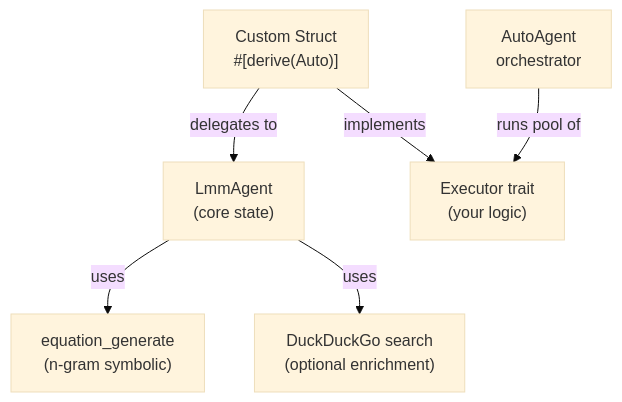
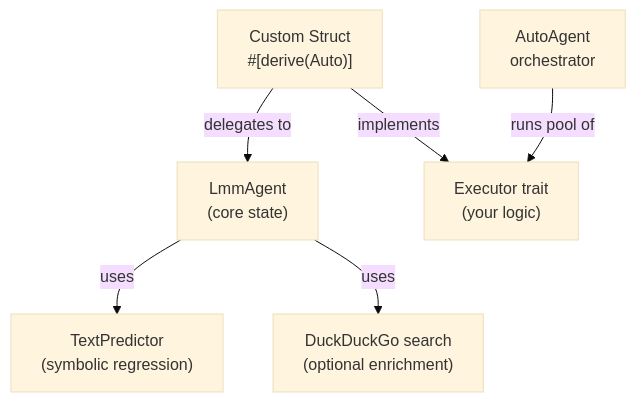
Before and after one commit to wiseaidotdev/lmm: the diagram in AGENT.md, drawn with Mermaid (base theme). The commit also changed other lines of this file and 13 other files, not shown here.

Commit message:
fix: improve api ergonomics & symbolic predictor && add examples. (#25)

````diff
--- a/AGENT.md
+++ b/AGENT.md
@@ -22,15 +22,15 @@
 ```mermaid
 flowchart TD
     U["Custom Struct\n#[derive(Auto)]"]
     L["LmmAgent\n(core state)"]
     E["Executor trait\n(your logic)"]
     O["AutoAgent\norchestrator"]
-    G["equation_generate\n(n-gram symbolic)"]
+    G["TextPredictor\n(symbolic regression)"]
     S["DuckDuckGo search\n(optional enrichment)"]
 
     U -->|"delegates to"| L
     U -->|"implements"| E
     O -->|"runs pool of"| E
     L -->|"uses"| G
     L -->|"uses"| S
 ```
````
